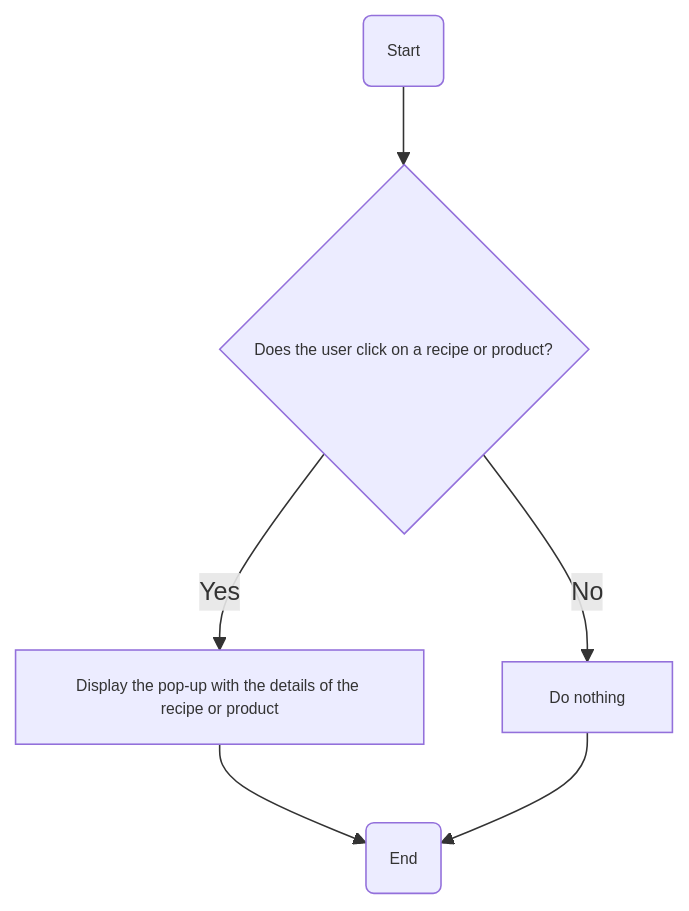
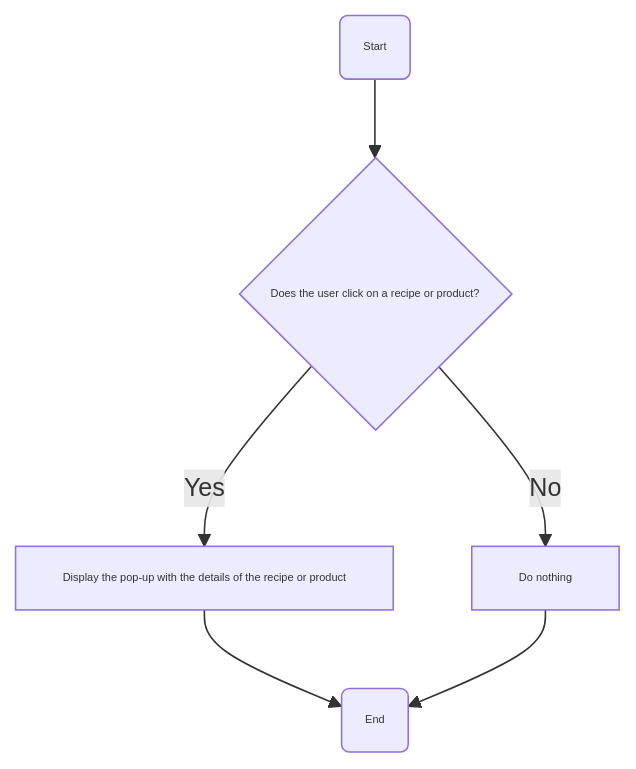
One commit to algosup/2024-2025-project-5-bubble-intermarche-team-2 changed the second of 11 diagrams in Documents/Technical/technical_specifications.md. Above: the diagram before and after it, drawn with Mermaid. The commit also changed other lines of this file, not shown here.

````diff
--- a/Documents/Technical/technical_specifications.md
+++ b/Documents/Technical/technical_specifications.md
@@ -232,9 +232,9 @@
 ```mermaid
 graph TD
     A(Start) --> B{Does the user click on a recipe or product?}
     B -->|Yes| C[Display the pop-up with the details of the recipe or product]
     B -->|No| D[Do nothing]
     C --> E(End)
     D --> E
-    classDef default font-size:10px;
+    classDef default font-size:7px;
 ```
````
